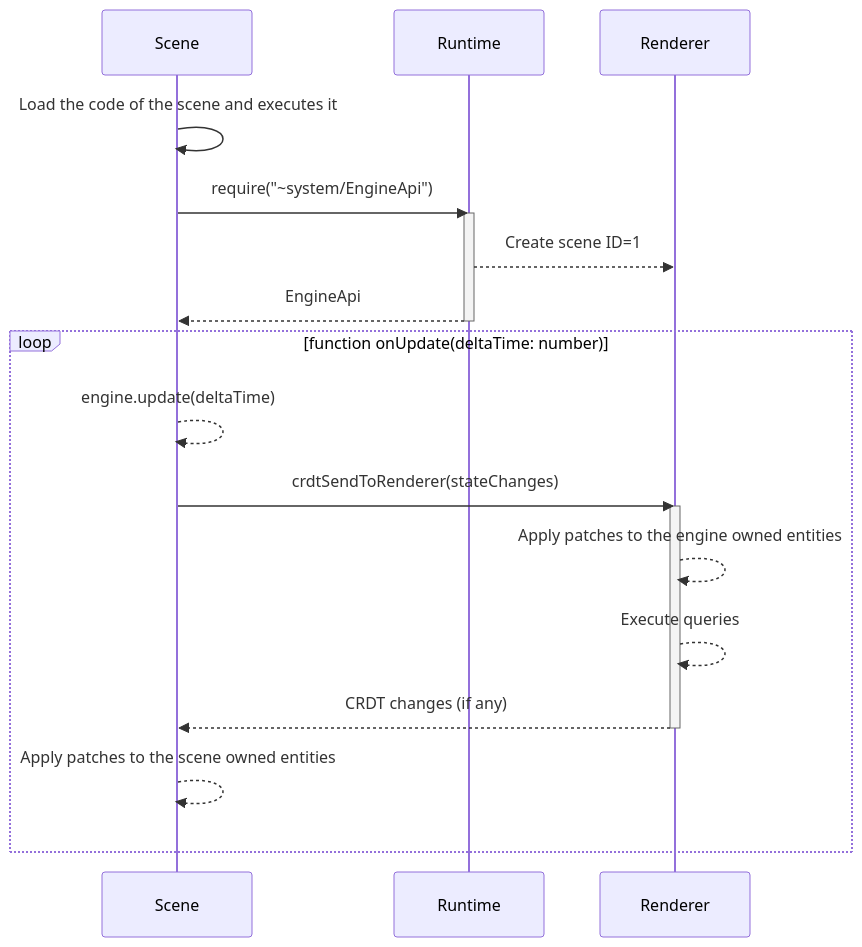
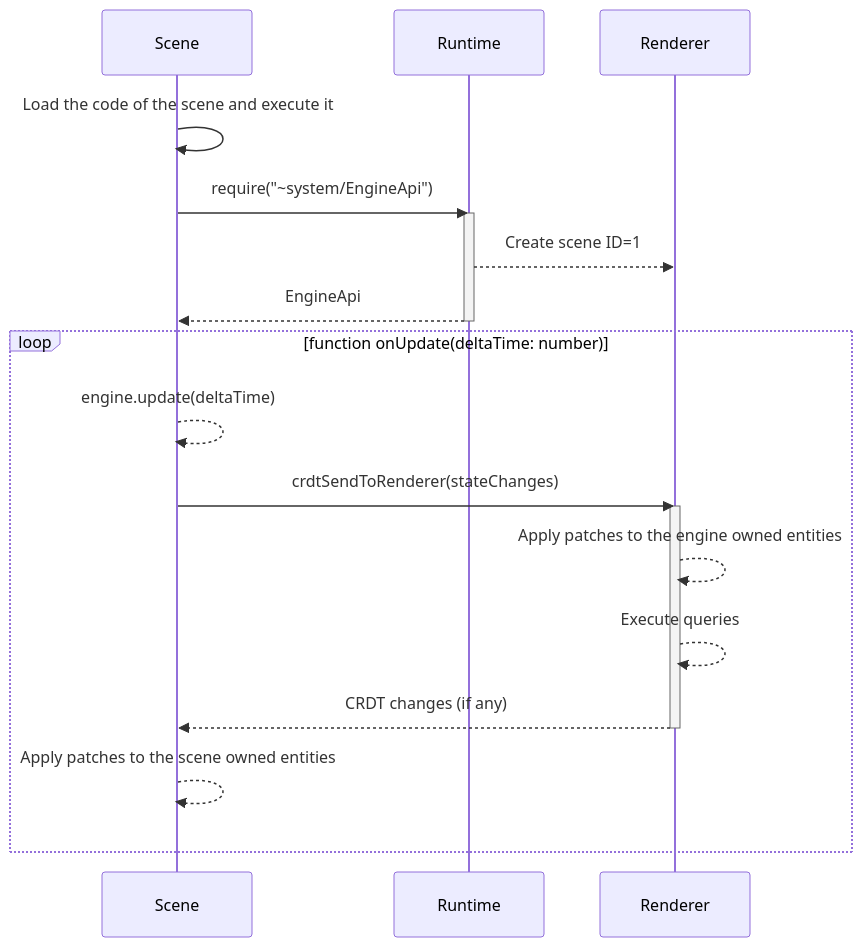
The second of 2 diagrams in content/ADR-133-scene-runtime.md (decentraland/adr), drawn with Mermaid before and after one commit.

````diff
--- a/content/ADR-133-scene-runtime.md
+++ b/content/ADR-133-scene-runtime.md
@@ -93,25 +93,25 @@
 ```mermaid
 sequenceDiagram
   participant S as Scene
   participant K as Runtime
   participant R as Renderer
 
-  S->>S: Load the code of the scene and executes it
+  S->>S: Load the code of the scene and execute it
 
   S->>K: require("~system/EngineApi")
   activate K
   K-->>R: Create scene ID=1
   K-->>S: EngineApi
   deactivate K
 
   loop function onUpdate(deltaTime: number)
     S-->>S: engine.update(deltaTime)
     S->>R: crdtSendToRenderer(stateChanges)
     activate R
     R-->>R: Apply patches to the engine owned entities
     R-->>R: Execute queries
     R-->>S: CRDT changes (if any)
     deactivate R
     S-->>S: Apply patches to the scene owned entities
   end
 ```
````
